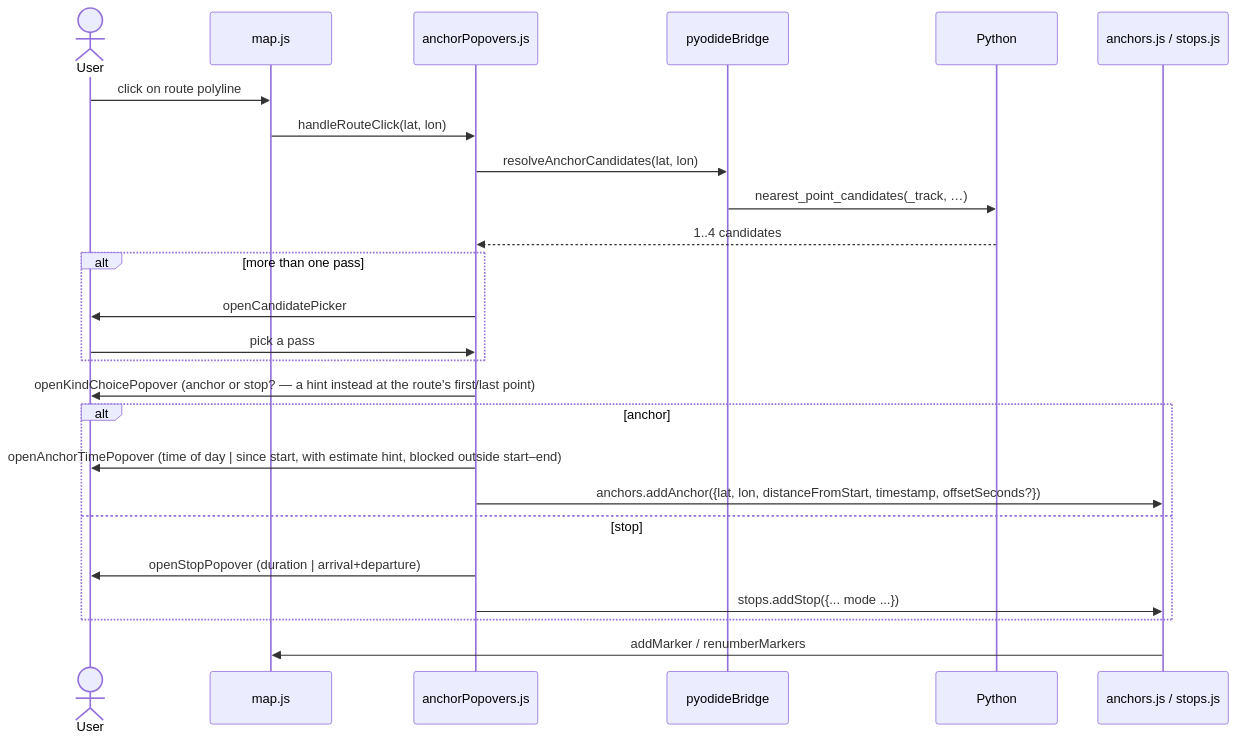
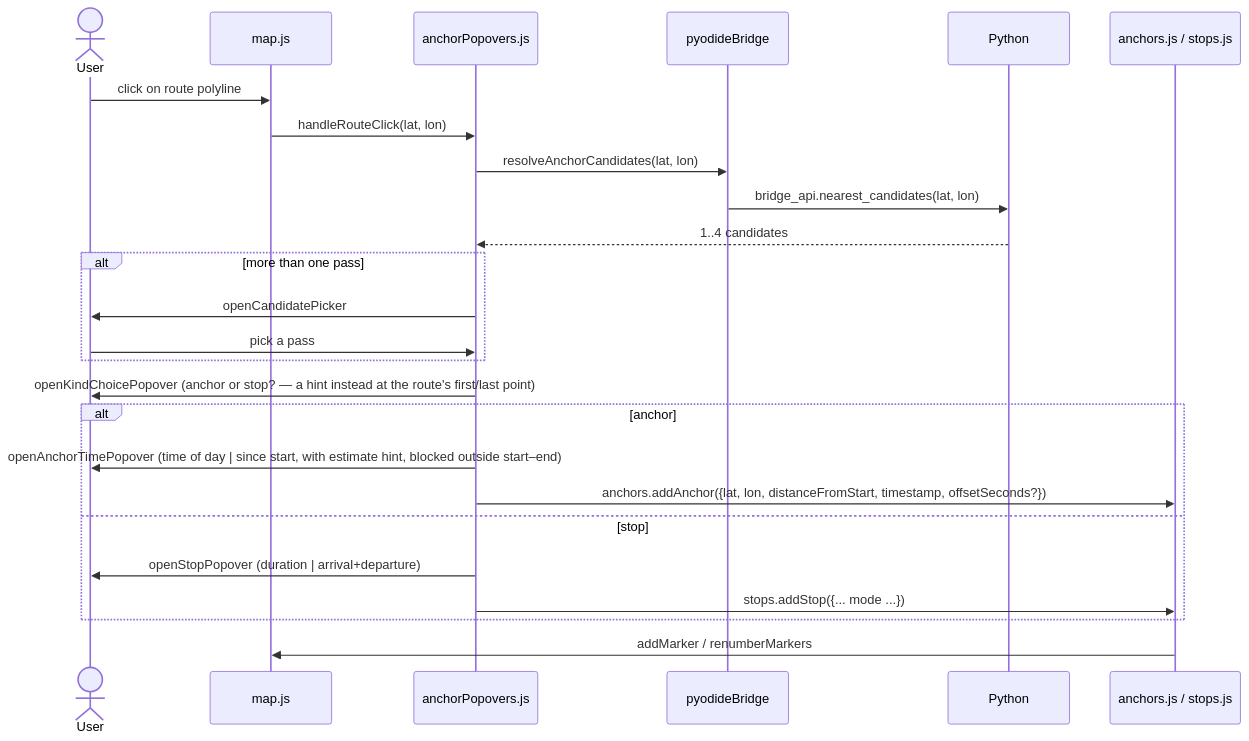
Before and after one commit to martin-iflap/GPX_to_FIT: diagram 13 of 16 in docs/ARCHITECTURE.md, drawn with Mermaid. The commit also changed other lines of this file and 98 other files, not shown here.

````diff
--- a/docs/ARCHITECTURE.md
+++ b/docs/ARCHITECTURE.md
@@ -869,27 +941,27 @@
 ```mermaid
 sequenceDiagram
   actor U as User
   participant M as map.js
   participant AP as anchorPopovers.js
   participant B as pyodideBridge
   participant P as Python
   participant L as anchors.js / stops.js
   U->>M: click on route polyline
   M->>AP: handleRouteClick(lat, lon)
   AP->>B: resolveAnchorCandidates(lat, lon)
-  B->>P: nearest_point_candidates(_track, …)
+  B->>P: bridge_api.nearest_candidates(lat, lon)
   P-->>AP: 1..4 candidates
   alt more than one pass
     AP->>U: openCandidatePicker
     U->>AP: pick a pass
   end
   AP->>U: openKindChoicePopover (anchor or stop? — a hint instead at the route's first/last point)
   alt anchor
     AP->>U: openAnchorTimePopover (time of day | since start, with estimate hint, blocked outside start–end)
     AP->>L: anchors.addAnchor({lat, lon, distanceFromStart, timestamp, offsetSeconds?})
   else stop
     AP->>U: openStopPopover (duration | arrival+departure)
     AP->>L: stops.addStop({... mode ...})
   end
   L->>M: addMarker / renumberMarkers
 ```
````
